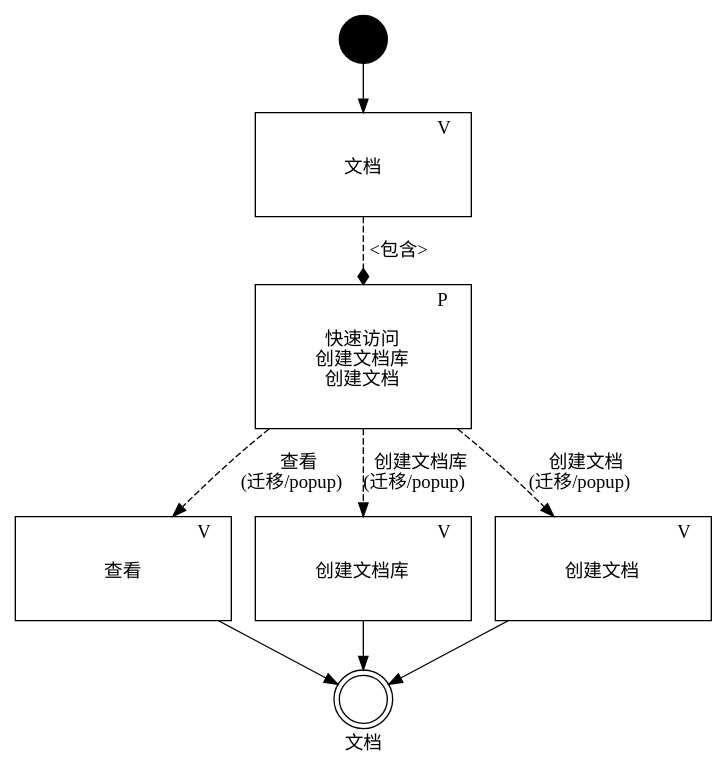
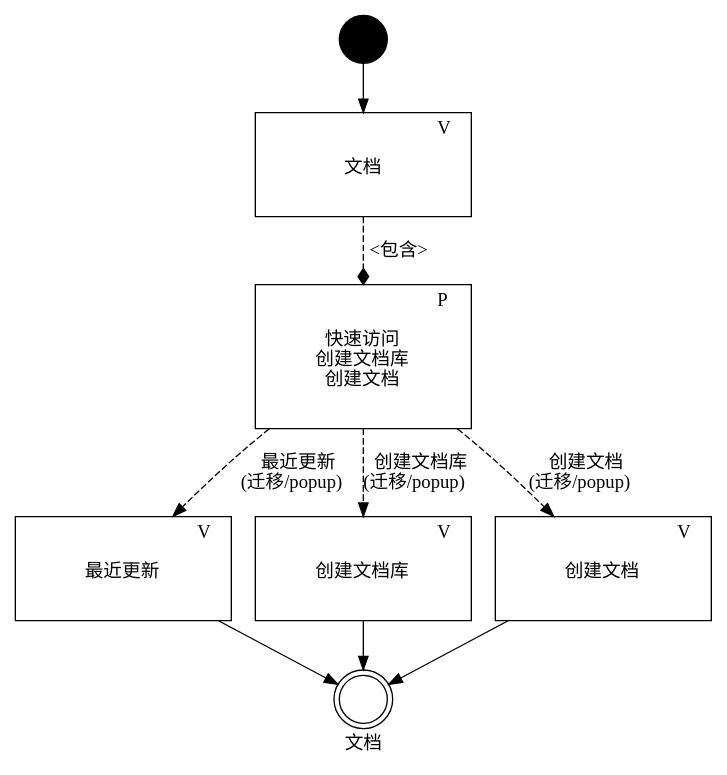
The diagram in ibizpms-docs/src/main/doc/v1/app/web/func/DocLibLibTabExpView.md (zj335841911/nt_chandao), drawn with PlantUML before and after one commit. The commit also changed 13 other files, not shown here.

```diff
--- a/ibizpms-docs/src/main/doc/v1/app/web/func/DocLibLibTabExpView.md
+++ b/ibizpms-docs/src/main/doc/v1/app/web/func/DocLibLibTabExpView.md
@@ -40,13 +40,13 @@
 >];
 
 
-LookDoc [shape=none, margin=0, label=<
+QuickAccess_RecentUpdate [shape=none, margin=0, label=<
 <TABLE WIDTH="150" BORDER="1" CELLBORDER="1" >
 <TR>
 <TD WIDTH="115" BORDER="0" COLSPAN="3"></TD><TD WIDTH="35" BORDER="0">V</TD>
 </TR>
 <TR>
-<TD BORDER="0" COLSPAN="4" CELLPADDING="10">查看<BR/><BR/></TD>
+<TD BORDER="0" COLSPAN="4" CELLPADDING="10">最近更新<BR/><BR/></TD>
 </TR>
 </TABLE>
 >];
@@ -83,9 +83,9 @@
 own -> part [style=dashed,arrowhead=diamond,label="<包含>"] ;
 
 
-part -> LookDoc [style=dashed,label=<查看<BR/>(迁移/popup)>];
+part -> QuickAccess_RecentUpdate [style=dashed,label=<最近更新<BR/>(迁移/popup)>];
 
-LookDoc -> end ;
+QuickAccess_RecentUpdate -> end ;
 
 
 
```
